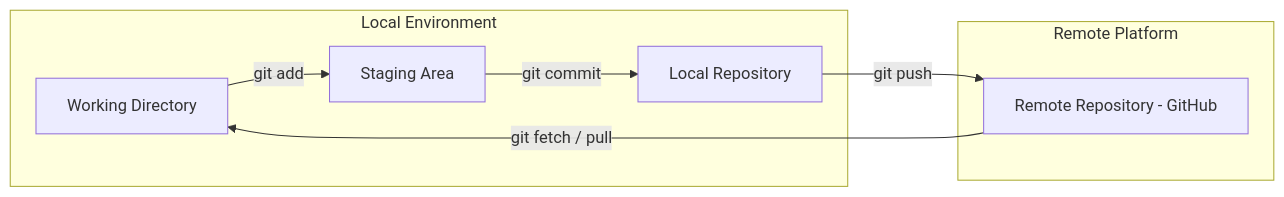
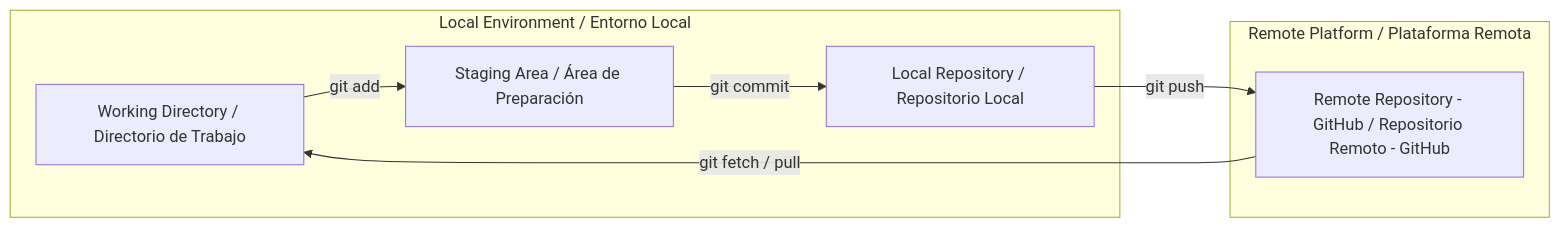
The diagram in 🚀 Git & GitHub/README.md (alanfabzlab/Developer-Knowledge-Base), drawn with Mermaid before and after one commit. The commit also changed other lines of this file and 9 other files, not shown here.

````diff
--- a/🚀 Git & GitHub/README.md
+++ b/🚀 Git & GitHub/README.md
@@ -26,11 +28,11 @@
 ```mermaid
 flowchart LR
-    subgraph Local Environment
-        WD[Working Directory] -->|git add| SA[Staging Area]
-        SA -->|git commit| LR[Local Repository]
+    subgraph Local Environment / Entorno Local
+        WD[Working Directory / Directorio de Trabajo] -->|git add| SA[Staging Area / Área de Preparación]
+        SA -->|git commit| LR[Local Repository / Repositorio Local]
     end
-    subgraph Remote Platform
-        LR -->|git push| RR[Remote Repository - GitHub]
+    subgraph Remote Platform / Plataforma Remota
+        LR -->|git push| RR[Remote Repository - GitHub / Repositorio Remoto - GitHub]
         RR -->|git fetch / pull| WD
     end
 ```
````
